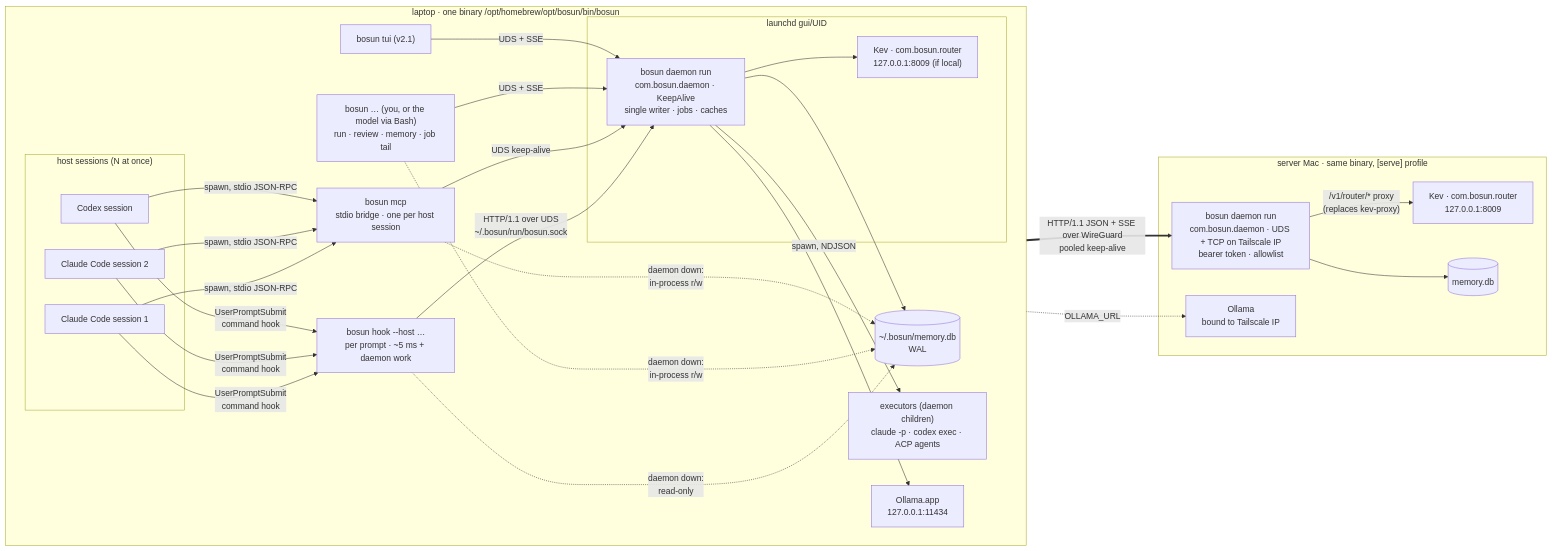
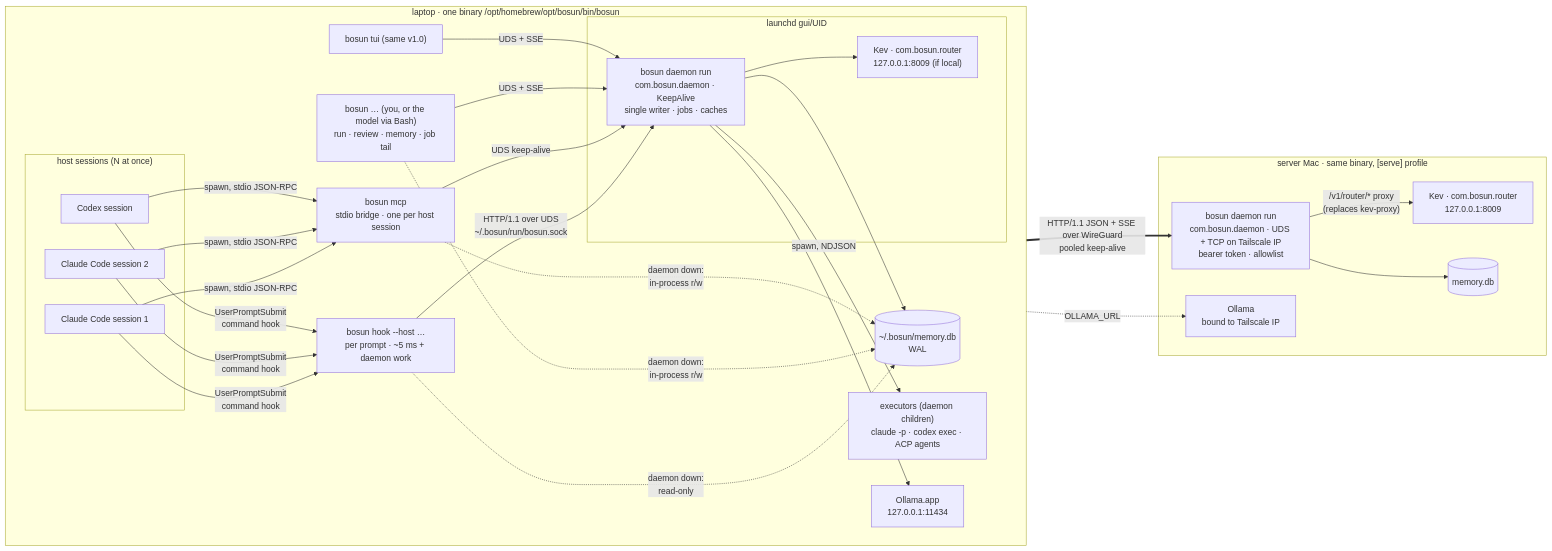
The first of 2 diagrams in docs/research/05-cli-topology.md (vprodan/bosun), drawn with Mermaid before and after one commit. The commit also changed other lines of this file and 11 other files, not shown here.

First line of the commit message:
docs(research): complete v1 architecture and OpenCode-Clef roadmap

````diff
--- a/docs/research/05-cli-topology.md
+++ b/docs/research/05-cli-topology.md
@@ -514,45 +516,45 @@
 ```mermaid
 flowchart LR
   subgraph LAPTOP["laptop · one binary /opt/homebrew/opt/bosun/bin/bosun"]
     direction LR
     subgraph HOSTS["host sessions (N at once)"]
       CC1["Claude Code session 1"]
       CC2["Claude Code session 2"]
       CX["Codex session"]
     end
     HK["bosun hook --host …<br/>per prompt · ~5 ms + daemon work"]
     MB["bosun mcp<br/>stdio bridge · one per host session"]
     CLI["bosun … (you, or the model via Bash)<br/>run · review · memory · job tail"]
-    TUI["bosun tui (v2.1)"]
+    TUI["bosun tui (same v1.0)"]
     subgraph LA["launchd gui/UID"]
       D["bosun daemon run<br/>com.bosun.daemon · KeepAlive<br/>single writer · jobs · caches"]
       KEV["Kev · com.bosun.router<br/>127.0.0.1:8009 (if local)"]
     end
     OLL["Ollama.app<br/>127.0.0.1:11434"]
     DB[("~/.bosun/memory.db<br/>WAL")]
     EX["executors (daemon children)<br/>claude -p · codex exec · ACP agents"]
     CC1 & CC2 & CX -->|"UserPromptSubmit<br/>command hook"| HK
     CC1 & CC2 & CX -->|"spawn, stdio JSON-RPC"| MB
     HK -->|"HTTP/1.1 over UDS<br/>~/.bosun/run/bosun.sock"| D
     MB -->|"UDS keep-alive"| D
     CLI -->|"UDS + SSE"| D
     TUI -->|"UDS + SSE"| D
     D --> DB
     D -->|"spawn, NDJSON"| EX
     D --> KEV
     D --> OLL
     HK -.->|"daemon down:<br/>read-only"| DB
     CLI -.->|"daemon down:<br/>in-process r/w"| DB
     MB -.->|"daemon down:<br/>in-process r/w"| DB
   end
   subgraph SERVER["server Mac · same binary, [serve] profile"]
     SD["bosun daemon run<br/>com.bosun.daemon · UDS + TCP on Tailscale IP<br/>bearer token · allowlist"]
     SKEV["Kev · com.bosun.router<br/>127.0.0.1:8009"]
     SOLL["Ollama<br/>bound to Tailscale IP"]
     SDB[("memory.db")]
     SD --> SDB
     SD -->|"/v1/router/* proxy<br/>(replaces kev-proxy)"| SKEV
   end
   D ==>|"HTTP/1.1 JSON + SSE over WireGuard<br/>pooled keep-alive"| SD
   EX -.->|"OLLAMA_URL"| SOLL
 ```
````
